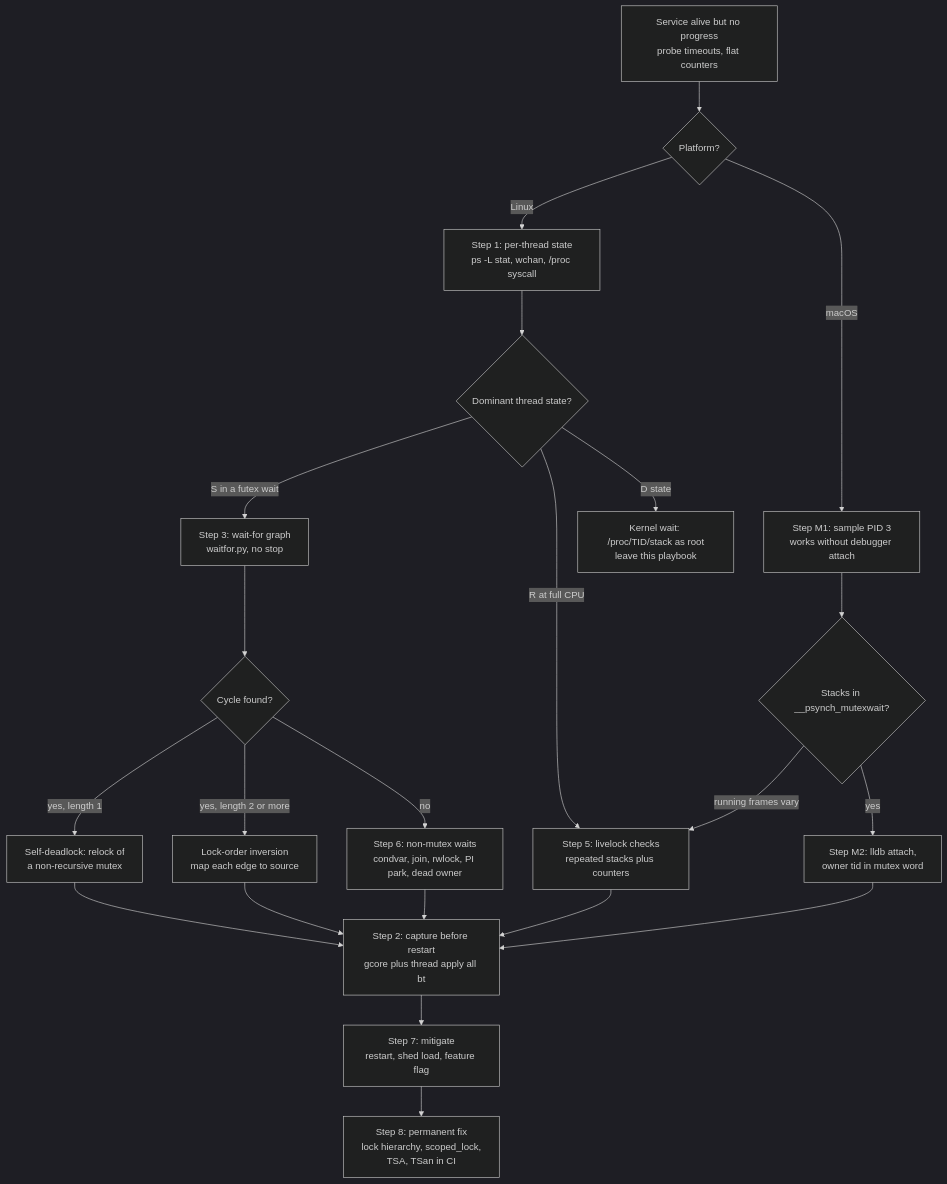
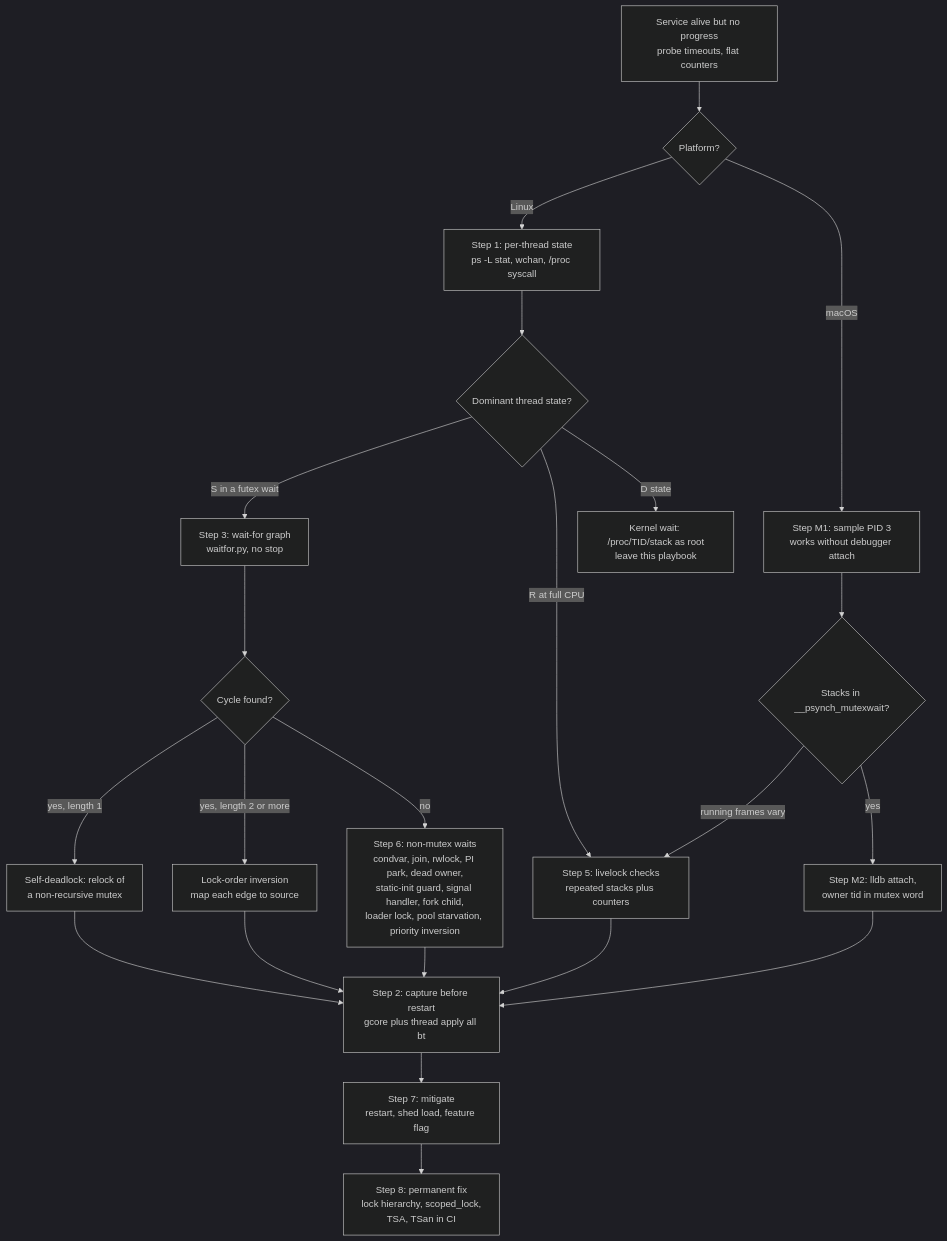
The first of 2 diagrams in 18-Developer-Toolchain/03-Debugging/Cpp/Cpp-Playbook-Deadlocks-and-Livelocks.md (shreejitverma/The-Distinguished-Engineer), drawn with Mermaid (dark theme) before and after one commit. The commit also changed other lines of this file and 8 other files, not shown here.

````diff
--- a/18-Developer-Toolchain/03-Debugging/Cpp/Cpp-Playbook-Deadlocks-and-Livelocks.md
+++ b/18-Developer-Toolchain/03-Debugging/Cpp/Cpp-Playbook-Deadlocks-and-Livelocks.md
@@ -80,29 +106,29 @@
 ```mermaid
 flowchart TD
     Start["Service alive but no progress<br/>probe timeouts, flat counters"] --> OS{"Platform?"}
     OS -->|Linux| States["Step 1: per-thread state<br/>ps -L stat, wchan, /proc syscall"]
     OS -->|macOS| Sample["Step M1: sample PID 3<br/>works without debugger attach"]
 
     States --> Kind{"Dominant thread state?"}
     Kind -->|"S in a futex wait"| Graph["Step 3: wait-for graph<br/>waitfor.py, no stop"]
     Kind -->|"R at full CPU"| Live["Step 5: livelock checks<br/>repeated stacks plus counters"]
     Kind -->|"D state"| Io["Kernel wait: /proc/TID/stack as root<br/>leave this playbook"]
 
     Graph --> Cycle{"Cycle found?"}
     Cycle -->|"yes, length 1"| Self["Self-deadlock: relock of<br/>a non-recursive mutex"]
     Cycle -->|"yes, length 2 or more"| Abba["Lock-order inversion<br/>map each edge to source"]
-    Cycle -->|no| NoCycle["Step 6: non-mutex waits<br/>condvar, join, rwlock, PI park, dead owner"]
+    Cycle -->|no| NoCycle["Step 6: non-mutex waits<br/>condvar, join, rwlock, PI park, dead owner,<br/>static-init guard, signal handler, fork child,<br/>loader lock, pool starvation, priority inversion"]
 
     Self --> Capture["Step 2: capture before restart<br/>gcore plus thread apply all bt"]
     Abba --> Capture
     NoCycle --> Capture
     Live --> Capture
 
     Capture --> Mitigate["Step 7: mitigate<br/>restart, shed load, feature flag"]
     Mitigate --> Fix["Step 8: permanent fix<br/>lock hierarchy, scoped_lock,<br/>TSA, TSan in CI"]
 
     Sample --> Mac{"Stacks in __psynch_mutexwait?"}
     Mac -->|yes| Owner["Step M2: lldb attach,<br/>owner tid in mutex word"]
     Mac -->|"running frames vary"| Live
     Owner --> Capture
 ```
````
